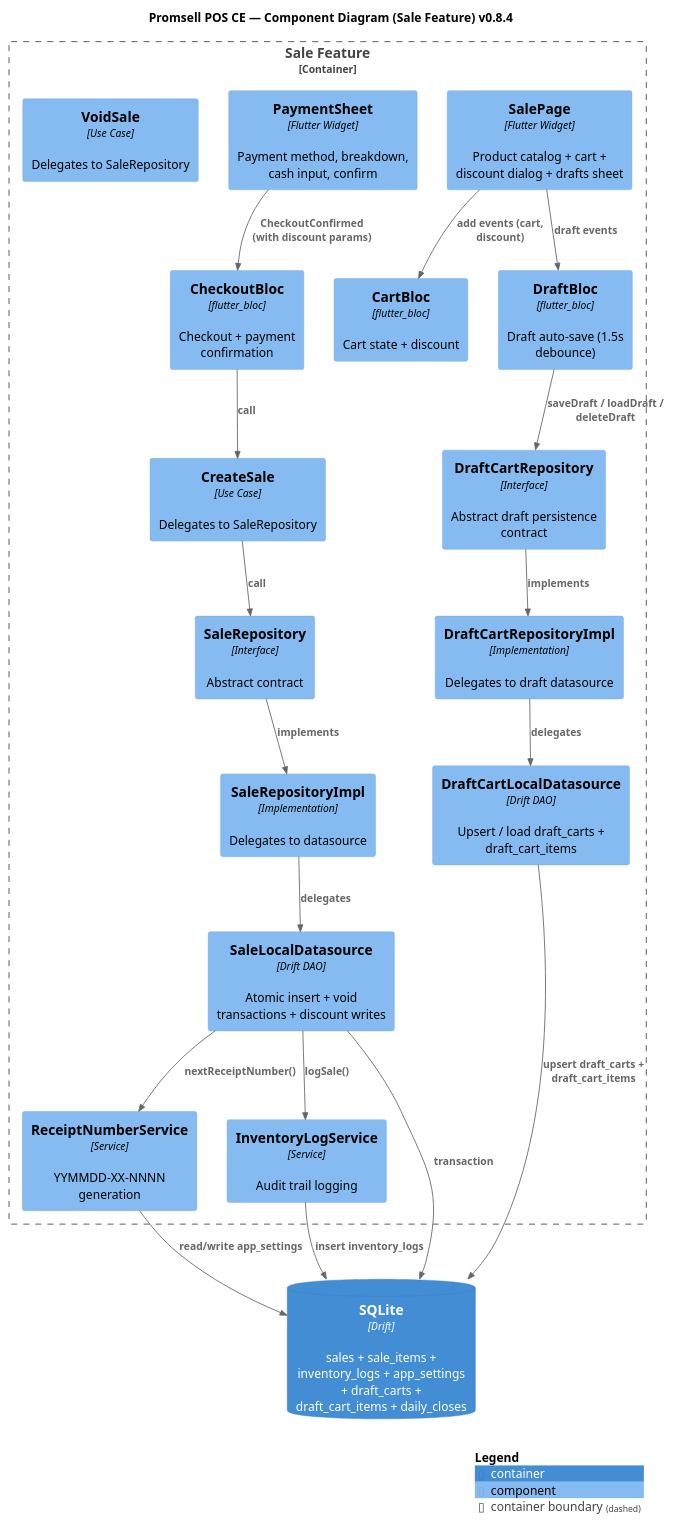
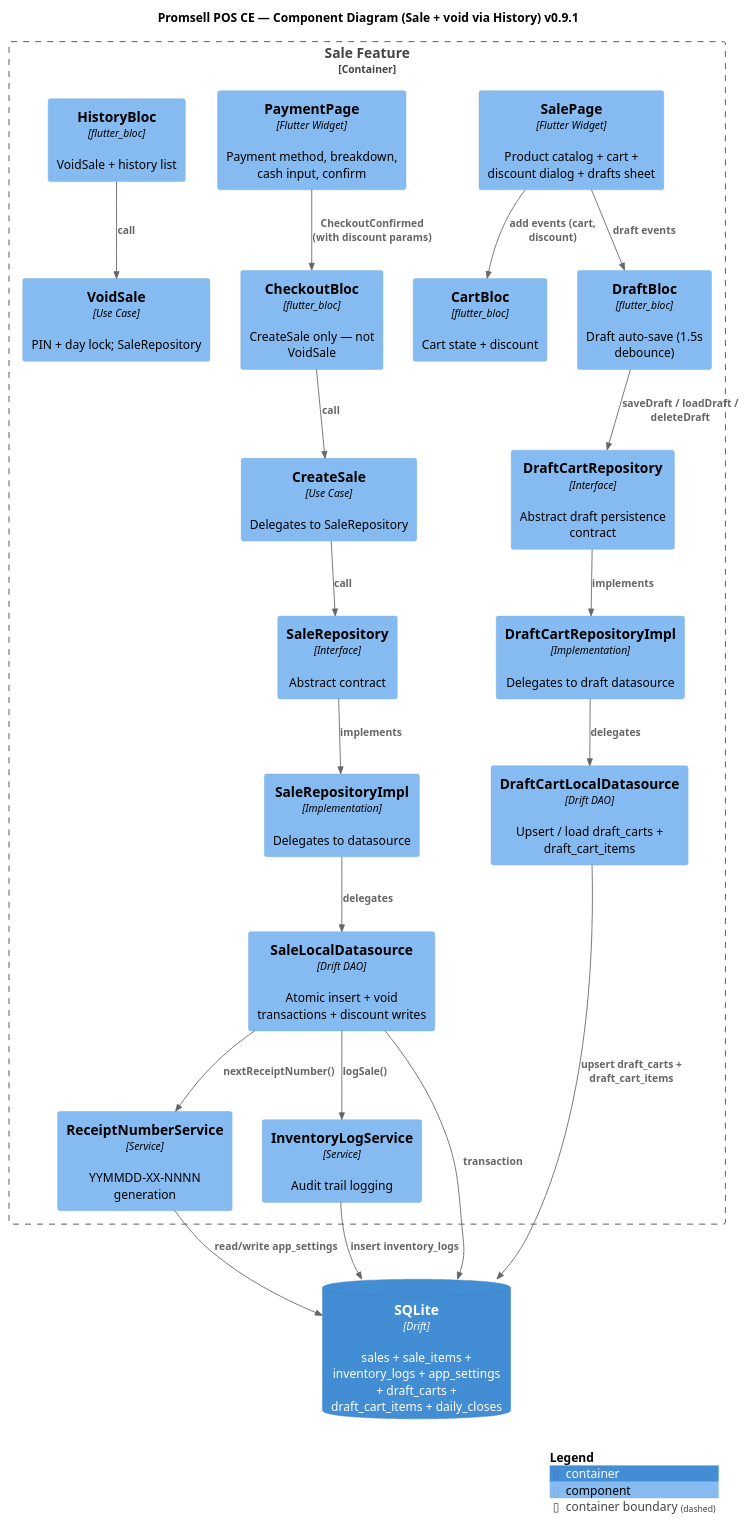
The diagram in docs/architecture/puml/c4-component.puml (MN-Lizard-Team/promsell-pos-ce), drawn with PlantUML before and after one commit. The commit also changed 743 other files, not shown here.

```diff
--- a/docs/architecture/puml/c4-component.puml
+++ b/docs/architecture/puml/c4-component.puml
@@ -1,44 +1,46 @@
 @startuml C4_Component
 !include https://raw.githubusercontent.com/plantuml-stdlib/C4-PlantUML/master/C4_Component.puml
 
-title Promsell POS CE — Component Diagram (Sale Feature) v0.8.4
+title Promsell POS CE — Component Diagram (Sale + void via History) v0.9.1
 
 Container_Boundary(sale_feature, "Sale Feature") {
     Component(sale_page, "SalePage", "Flutter Widget", "Product catalog + cart + discount dialog + drafts sheet")
-    Component(payment_sheet, "PaymentSheet", "Flutter Widget", "Payment method, breakdown, cash input, confirm")
+    Component(payment_sheet, "PaymentPage", "Flutter Widget", "Payment method, breakdown, cash input, confirm")
     Component(cart_bloc, "CartBloc", "flutter_bloc", "Cart state + discount")
     Component(draft_bloc, "DraftBloc", "flutter_bloc", "Draft auto-save (1.5s debounce)")
-    Component(checkout_bloc, "CheckoutBloc", "flutter_bloc", "Checkout + payment confirmation")
+    Component(checkout_bloc, "CheckoutBloc", "flutter_bloc", "CreateSale only — not VoidSale")
+    Component(history_bloc, "HistoryBloc", "flutter_bloc", "VoidSale + history list")
     Component(create_sale_uc, "CreateSale", "Use Case", "Delegates to SaleRepository")
-    Component(void_sale_uc, "VoidSale", "Use Case", "Delegates to SaleRepository")
+    Component(void_sale_uc, "VoidSale", "Use Case", "PIN + day lock; SaleRepository")
     Component(sale_repo, "SaleRepository", "Interface", "Abstract contract")
     Component(sale_repo_impl, "SaleRepositoryImpl", "Implementation", "Delegates to datasource")
     Component(sale_ds, "SaleLocalDatasource", "Drift DAO", "Atomic insert + void transactions + discount writes")
     Component(receipt_svc, "ReceiptNumberService", "Service", "YYMMDD-XX-NNNN generation")
     Component(inv_log_svc, "InventoryLogService", "Service", "Audit trail logging")
     Component(draft_repo, "DraftCartRepository", "Interface", "Abstract draft persistence contract")
     Component(draft_repo_impl, "DraftCartRepositoryImpl", "Implementation", "Delegates to draft datasource")
     Component(draft_ds, "DraftCartLocalDatasource", "Drift DAO", "Upsert / load draft_carts + draft_cart_items")
 }
 
 ContainerDb(db, "SQLite", "Drift", "sales + sale_items + inventory_logs + app_settings + draft_carts + draft_cart_items + daily_closes")
 
 Rel(sale_page, cart_bloc, "add events (cart, discount)")
 Rel(sale_page, draft_bloc, "draft events")
 Rel(payment_sheet, checkout_bloc, "CheckoutConfirmed (with discount params)")
 Rel(checkout_bloc, create_sale_uc, "call")
+Rel(history_bloc, void_sale_uc, "call")
 Rel(draft_bloc, draft_repo, "saveDraft / loadDraft / deleteDraft")
 Rel(create_sale_uc, sale_repo, "call")
 Rel(sale_repo, sale_repo_impl, "implements")
 Rel(sale_repo_impl, sale_ds, "delegates")
 Rel(draft_repo, draft_repo_impl, "implements")
 Rel(draft_repo_impl, draft_ds, "delegates")
 Rel(sale_ds, receipt_svc, "nextReceiptNumber()")
 Rel(sale_ds, inv_log_svc, "logSale()")
 Rel(sale_ds, db, "transaction")
 Rel(receipt_svc, db, "read/write app_settings")
 Rel(inv_log_svc, db, "insert inventory_logs")
 Rel(draft_ds, db, "upsert draft_carts + draft_cart_items")
 
 SHOW_LEGEND()
 @enduml
```
